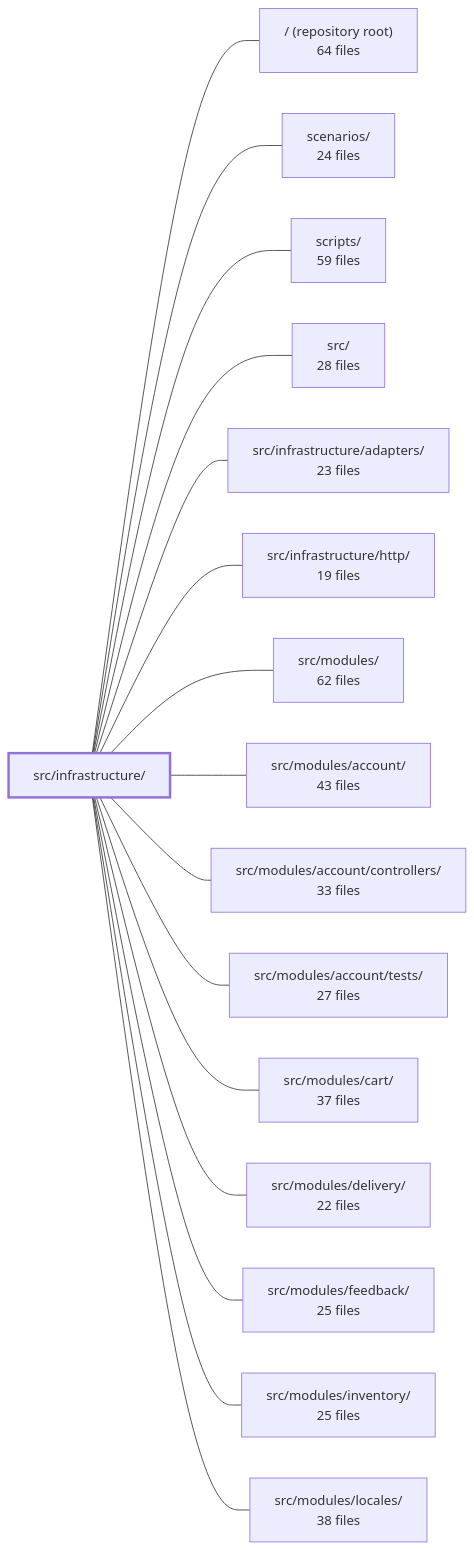
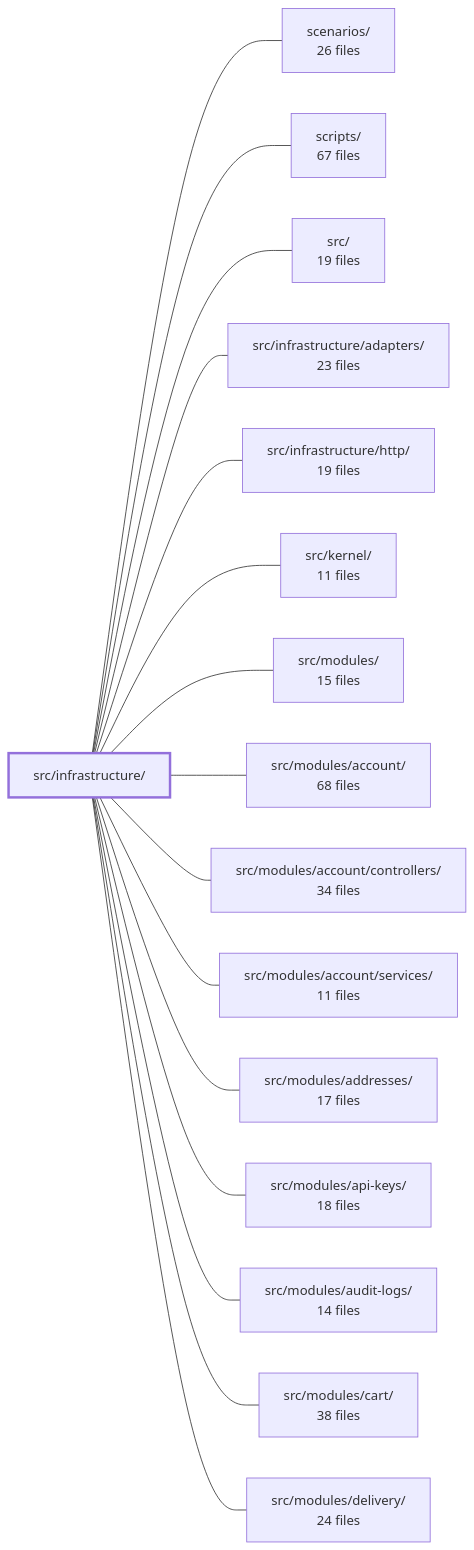
Before and after one commit to Guebbit/boilerplate-node-backend: the diagram in .2brain/modules/boilerplate-node-backend_src_infrastructure.md, drawn with Mermaid. The commit also changed other lines of this file and 137 other files, not shown here.

````diff
--- a/.2brain/modules/boilerplate-node-backend_src_infrastructure.md
+++ b/.2brain/modules/boilerplate-node-backend_src_infrastructure.md
@@ -43,35 +53,35 @@
 ```mermaid
 flowchart LR
     m_src_infrastructure["src/infrastructure/"]
-    m_root["/ (repository root)<br/>64 files"]
-    m_scenarios["scenarios/<br/>24 files"]
-    m_scripts["scripts/<br/>59 files"]
-    m_src["src/<br/>28 files"]
+    m_scenarios["scenarios/<br/>26 files"]
+    m_scripts["scripts/<br/>67 files"]
+    m_src["src/<br/>19 files"]
     m_src_infrastructure_adapters["src/infrastructure/adapters/<br/>23 files"]
     m_src_infrastructure_http["src/infrastructure/http/<br/>19 files"]
-    m_src_modules["src/modules/<br/>62 files"]
-    m_src_modules_account["src/modules/account/<br/>43 files"]
-    m_src_modules_account_controllers["src/modules/account/controllers/<br/>33 files"]
-    m_src_modules_account_tests["src/modules/account/tests/<br/>27 files"]
-    m_src_modules_cart["src/modules/cart/<br/>37 files"]
-    m_src_modules_delivery["src/modules/delivery/<br/>22 files"]
-    m_src_modules_feedback["src/modules/feedback/<br/>25 files"]
-    m_src_modules_inventory["src/modules/inventory/<br/>25 files"]
-    m_src_modules_locales["src/modules/locales/<br/>38 files"]
-    m_src_infrastructure --- m_root
+    m_src_kernel["src/kernel/<br/>11 files"]
+    m_src_modules["src/modules/<br/>15 files"]
+    m_src_modules_account["src/modules/account/<br/>68 files"]
+    m_src_modules_account_controllers["src/modules/account/controllers/<br/>34 files"]
+    m_src_modules_account_services["src/modules/account/services/<br/>11 files"]
+    m_src_modules_addresses["src/modules/addresses/<br/>17 files"]
+    m_src_modules_api_keys["src/modules/api-keys/<br/>18 files"]
+    m_src_modules_audit_logs["src/modules/audit-logs/<br/>14 files"]
+    m_src_modules_cart["src/modules/cart/<br/>38 files"]
+    m_src_modules_delivery["src/modules/delivery/<br/>24 files"]
     m_src_infrastructure --- m_scenarios
     m_src_infrastructure --- m_scripts
     m_src_infrastructure --- m_src
     m_src_infrastructure --- m_src_infrastructure_adapters
     m_src_infrastructure --- m_src_infrastructure_http
+    m_src_infrastructure --- m_src_kernel
     m_src_infrastructure --- m_src_modules
     m_src_infrastructure --- m_src_modules_account
     m_src_infrastructure --- m_src_modules_account_controllers
-    m_src_infrastructure --- m_src_modules_account_tests
+    m_src_infrastructure --- m_src_modules_account_services
+    m_src_infrastructure --- m_src_modules_addresses
+    m_src_infrastructure --- m_src_modules_api_keys
+    m_src_infrastructure --- m_src_modules_audit_logs
     m_src_infrastructure --- m_src_modules_cart
     m_src_infrastructure --- m_src_modules_delivery
-    m_src_infrastructure --- m_src_modules_feedback
-    m_src_infrastructure --- m_src_modules_inventory
-    m_src_infrastructure --- m_src_modules_locales
     style m_src_infrastructure stroke-width:3px
 ```
````
